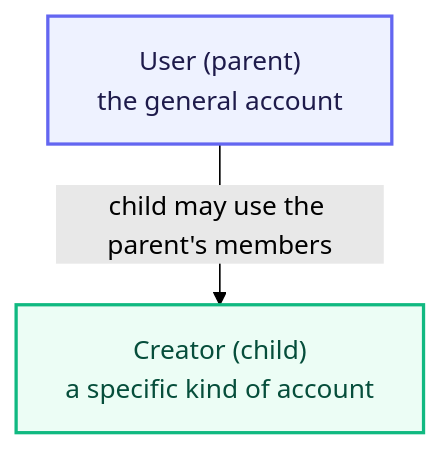
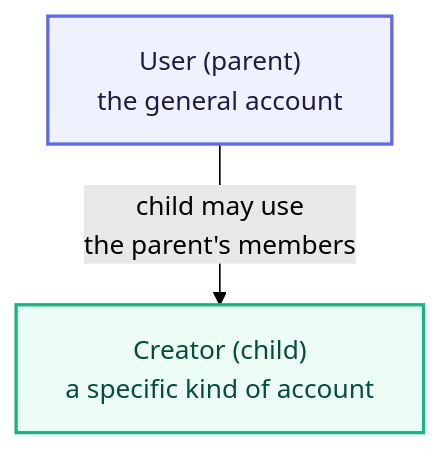
One commit to VishnuKumpati/Python-foundations changed the first of 6 diagrams in modules/p4-classes-objects/unit-4-4-inheritance.md. Above: the diagram before and after it, drawn with Mermaid (forest theme).

Commit message:
Wrap the parent-child diagram edge label to stop it clipping

````diff
--- a/modules/p4-classes-objects/unit-4-4-inheritance.md
+++ b/modules/p4-classes-objects/unit-4-4-inheritance.md
@@ -83,10 +83,10 @@
 ```mermaid
 flowchart TD
-    P["User (parent)<br/>the general account"] -->|"child may use the parent's members"| C["Creator (child)<br/>a specific kind of account"]
+    P["User (parent)<br/>the general account"] -->|"child may use<br/>the parent's members"| C["Creator (child)<br/>a specific kind of account"]
 
     classDef parent fill:#EEF2FF,stroke:#6366F1,stroke-width:2px,color:#1E1B4B
     classDef child fill:#ECFDF5,stroke:#10B981,stroke-width:2px,color:#064E3B
 
     class P parent
     class C child
 ```
````
